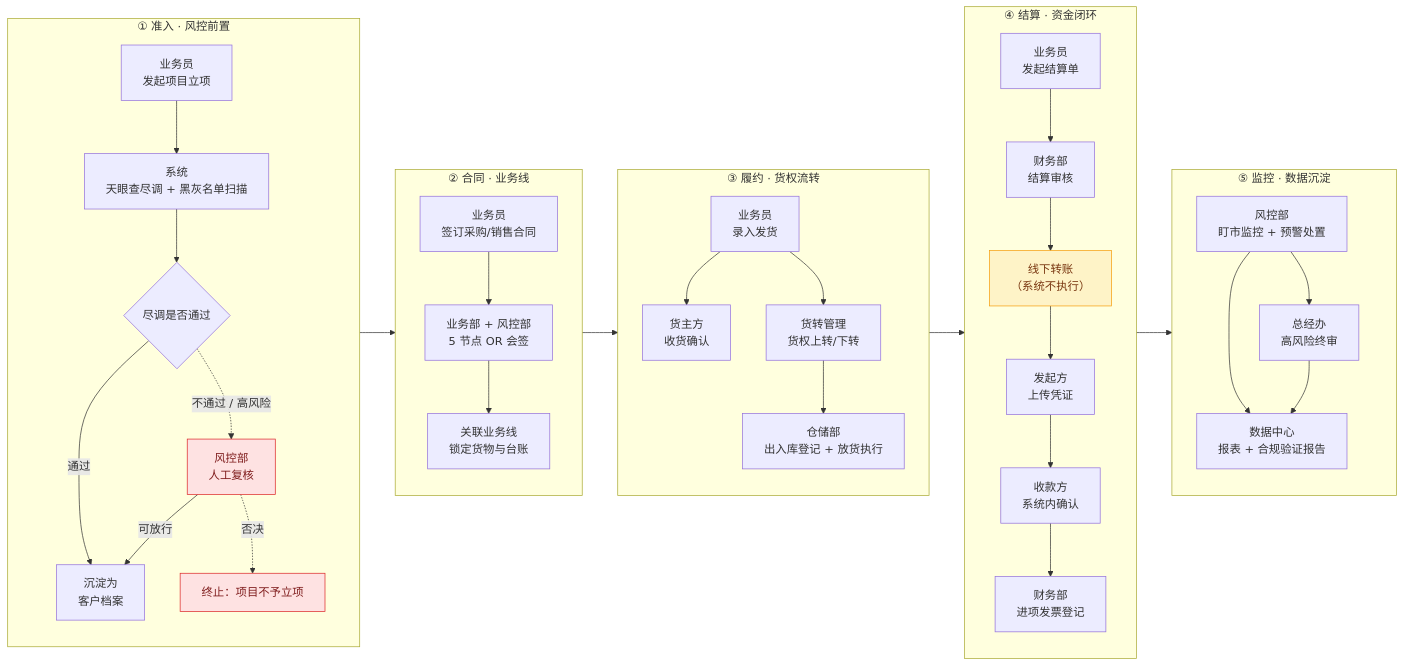
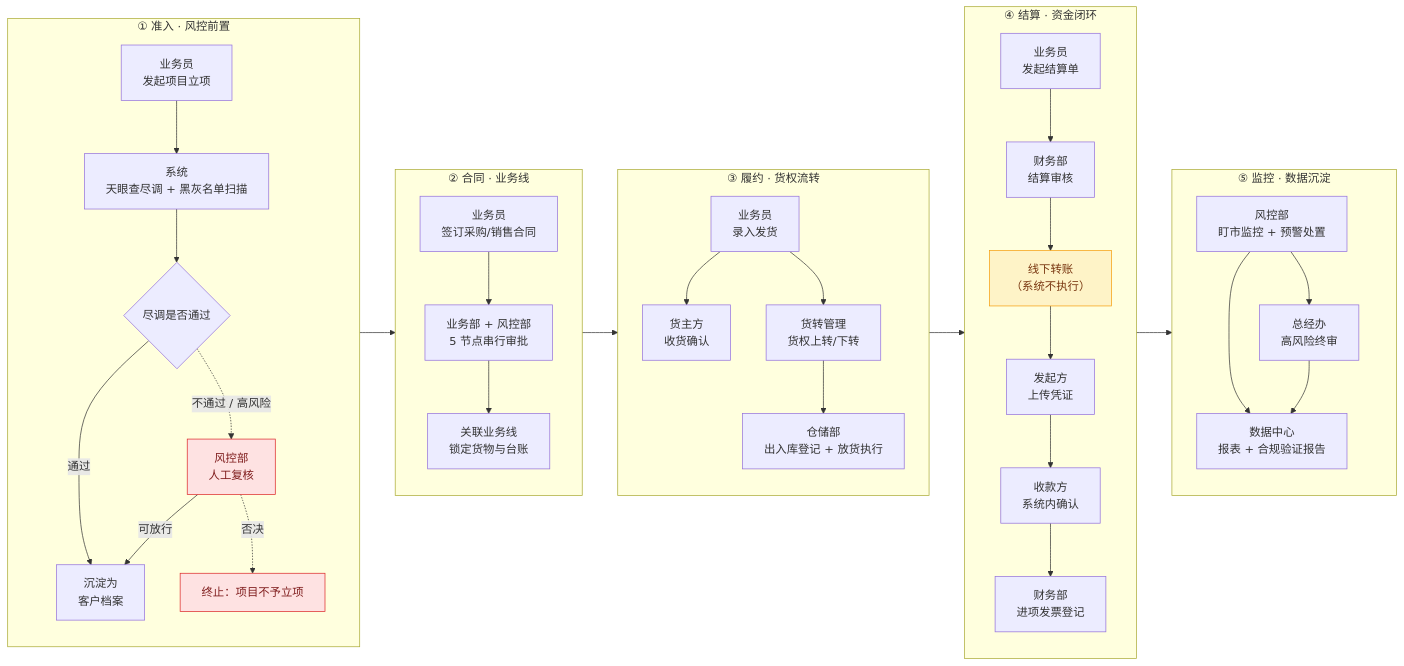
One commit to Ummyue/gyt-admin changed the first of 2 diagrams in docs-v2/00-产品概述与需求总纲.md. Above: the diagram before and after it, drawn with Mermaid. The commit also changed other lines of this file and 40 other files, not shown here.

````diff
--- a/docs-v2/00-产品概述与需求总纲.md
+++ b/docs-v2/00-产品概述与需求总纲.md
@@ -138,48 +167,48 @@
 ```mermaid
 flowchart LR
     subgraph S0["① 准入 · 风控前置"]
         direction TB
         A1["业务员<br/>发起项目立项"] --> A2["系统<br/>天眼查尽调 + 黑灰名单扫描"]
         A2 --> A3{"尽调是否通过"}
         A3 -->|"通过"| A4["沉淀为<br/>客户档案"]
         A3 -.->|"不通过 / 高风险"| AX["风控部<br/>人工复核"]:::danger
         AX -->|"可放行"| A4
         AX -.->|"否决"| AX2["终止：项目不予立项"]:::danger
     end
 
     subgraph S1["② 合同 · 业务线"]
         direction TB
-        B1["业务员<br/>签订采购/销售合同"] --> B2["业务部 + 风控部<br/>5 节点 OR 会签"]
+        B1["业务员<br/>签订采购/销售合同"] --> B2["业务部 + 风控部<br/>5 节点串行审批"]
         B2 --> B3["关联业务线<br/>锁定货物与台账"]
     end
 
     subgraph S2["③ 履约 · 货权流转"]
         direction TB
         C1["业务员<br/>录入发货"] --> C2["货主方<br/>收货确认"]
         C1 --> C3["货转管理<br/>货权上转/下转"]
         C3 --> C4["仓储部<br/>出入库登记 + 放货执行"]
     end
 
     subgraph S3["④ 结算 · 资金闭环"]
         direction TB
         D1["业务员<br/>发起结算单"] --> D2["财务部<br/>结算审核"]
         D2 --> D3["线下转账<br/>（系统不执行）"]:::offline
         D3 --> D4["发起方<br/>上传凭证"] --> D5["收款方<br/>系统内确认"]
         D5 --> D6["财务部<br/>进项发票登记"]
     end
 
     subgraph S4["⑤ 监控 · 数据沉淀"]
         direction TB
         E1["风控部<br/>盯市监控 + 预警处置"] --> E2["总经办<br/>高风险终审"]
         E1 --> E3["数据中心<br/>报表 + 合规验证报告"]
     end
 
     A4 --> B1
     B3 --> C1
     C4 --> D1
     D6 --> E1
     E2 --> E3
 
     classDef danger fill:#fee2e2,stroke:#dc2626,color:#7f1d1d
     classDef offline fill:#fef3c7,stroke:#f59e0b,color:#78350f
 ```
````
